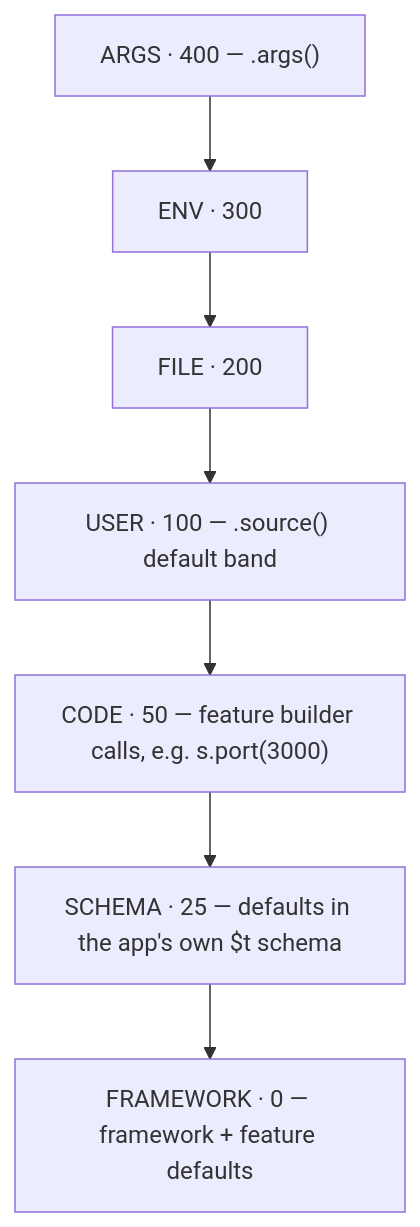
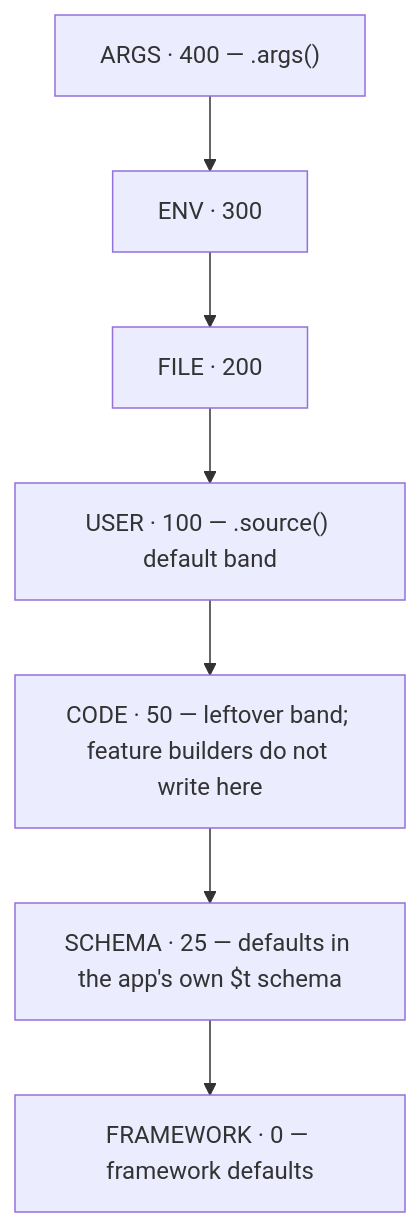
Before and after one commit to caffeinejs/caffeine: the second of 5 diagrams in std/config/README.md, drawn with Mermaid. The commit also changed other lines of this file and 164 other files, not shown here.

````diff
--- a/std/config/README.md
+++ b/std/config/README.md
@@ -57,11 +54,11 @@
 ```mermaid
 flowchart TB
   arg["ARGS · 400 — .args()"]
   env["ENV · 300"]
   fil["FILE · 200"]
   usr["USER · 100 — .source() default band"]
-  cod["CODE · 50 — feature builder calls, e.g. s.port(3000)"]
+  cod["CODE · 50 — leftover band; feature builders do not write here"]
   sch["SCHEMA · 25 — defaults in the app's own $t schema"]
-  frm["FRAMEWORK · 0 — framework + feature defaults"]
+  frm["FRAMEWORK · 0 — framework defaults"]
   arg --> env --> fil --> usr --> cod --> sch --> frm
 ```
````
